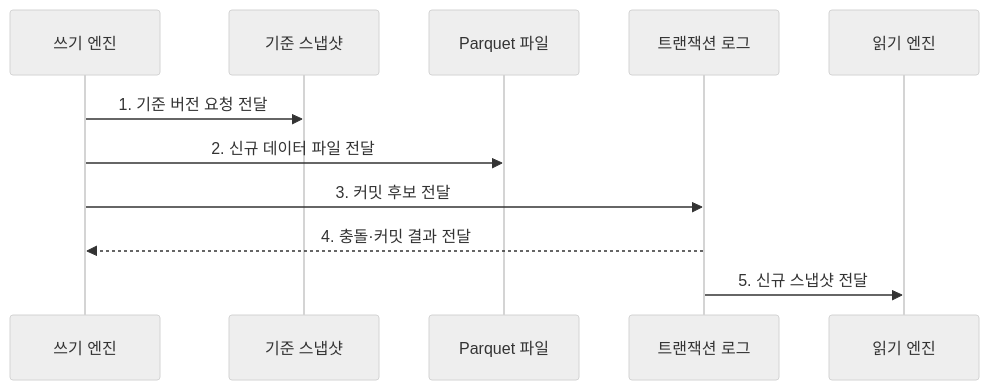
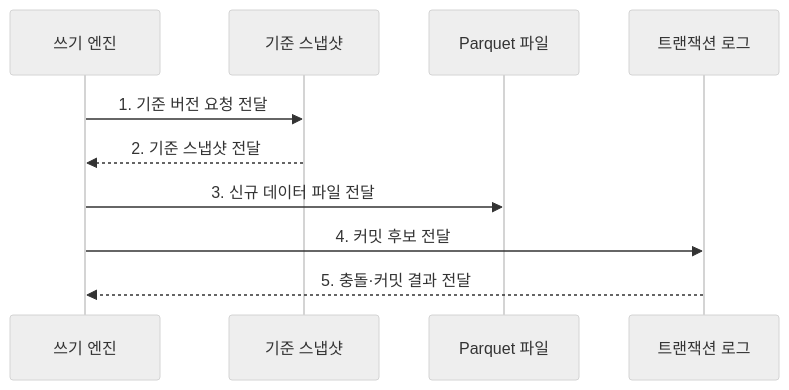
The second of 2 diagrams in src/content/docs/notes/08-latest-tech/190_delta_lake.md (agnusdei1207/knowledge-base), drawn with Mermaid (neutral theme) before and after one commit. The commit also changed other lines of this file and 225 other files, not shown here.

````diff
--- a/src/content/docs/notes/08-latest-tech/190_delta_lake.md
+++ b/src/content/docs/notes/08-latest-tech/190_delta_lake.md
@@ -78,13 +78,12 @@
 ```mermaid
 sequenceDiagram
     participant W as 쓰기 엔진
     participant S as 기준 스냅샷
     participant F as Parquet 파일
     participant L as 트랜잭션 로그
-    participant R as 읽기 엔진
     W->>S: 1. 기준 버전 요청 전달
-    W->>F: 2. 신규 데이터 파일 전달
-    W->>L: 3. 커밋 후보 전달
-    L-->>W: 4. 충돌·커밋 결과 전달
-    L->>R: 5. 신규 스냅샷 전달
+    S-->>W: 2. 기준 스냅샷 전달
+    W->>F: 3. 신규 데이터 파일 전달
+    W->>L: 4. 커밋 후보 전달
+    L-->>W: 5. 충돌·커밋 결과 전달
 ```
````
